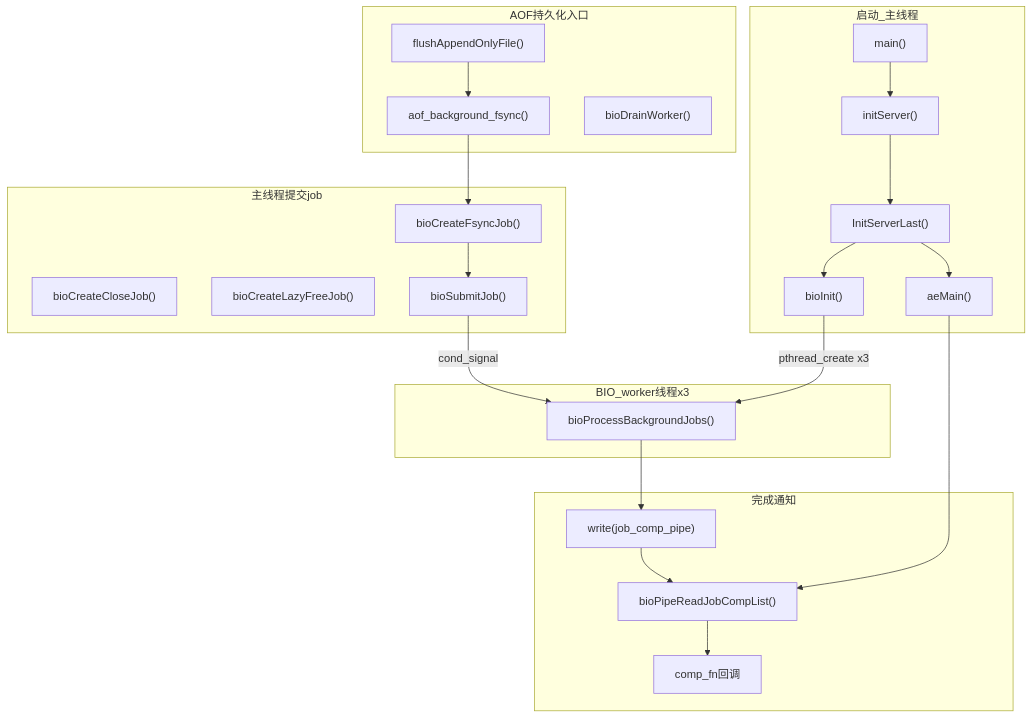
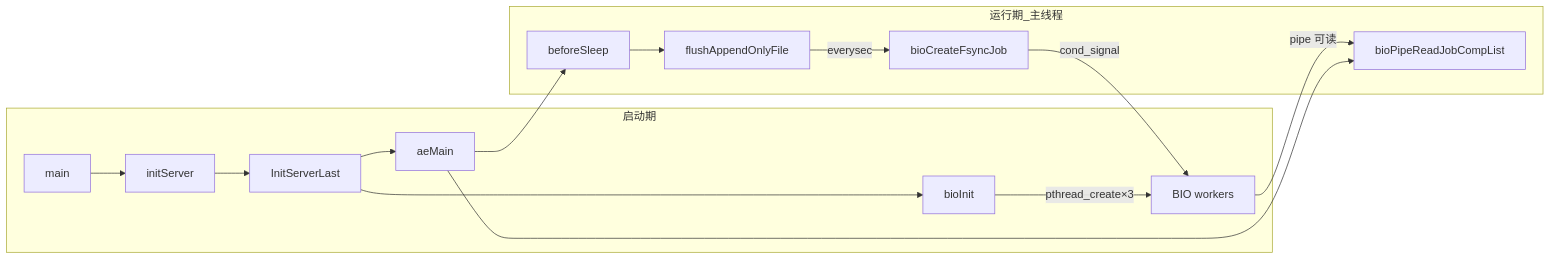
The fourth of 10 diagrams in docs/bio-source-walkthrough.md (JinkaiGUAN/redis), drawn with Mermaid before and after one commit. The commit also changed other lines of this file and 9 other files, not shown here.

````diff
--- a/docs/bio-source-walkthrough.md
+++ b/docs/bio-source-walkthrough.md
@@ -26,41 +92,19 @@
 ```mermaid
-flowchart TB
-    subgraph boot [启动_主线程]
-        main["main()"]
-        initSrv["initServer()"]
-        initLast["InitServerLast()"]
-        bioInit["bioInit()"]
-        aeMain["aeMain()"]
+flowchart LR
+    subgraph boot [启动期]
+        main["main"] --> initSrv["initServer"]
+        initSrv --> initLast["InitServerLast"]
+        initLast --> bioInit["bioInit"]
+        bioInit -->|"pthread_create×3"| worker["BIO workers"]
+        initLast --> aeMain["aeMain"]
     end
 
-    subgraph bio_workers [BIO_worker线程x3]
-        worker["bioProcessBackgroundJobs()"]
+    subgraph runtime [运行期_主线程]
+        aeMain --> beforeSleep["beforeSleep"]
+        beforeSleep --> flush["flushAppendOnlyFile"]
+        flush -->|"everysec"| fsyncJob["bioCreateFsyncJob"]
+        fsyncJob -->|"cond_signal"| worker
+        worker -->|"pipe 可读"| pipeR["bioPipeReadJobCompList"]
+        aeMain --> pipeR
     end
-
-    subgraph producers [主线程提交job]
-        fsync["bioCreateFsyncJob()"]
-        close["bioCreateCloseJob()"]
-        lazy["bioCreateLazyFreeJob()"]
-        submit["bioSubmitJob()"]
-    end
-
-    subgraph aof_path [AOF持久化入口]
-        flush["flushAppendOnlyFile()"]
-        aofBg["aof_background_fsync()"]
-        drain["bioDrainWorker()"]
-    end
-
-    subgraph notify [完成通知]
-        pipeW["write(job_comp_pipe)"]
-        pipeR["bioPipeReadJobCompList()"]
-        cb["comp_fn回调"]
-    end
-
-    main --> initSrv --> initLast --> bioInit
-    bioInit -->|"pthread_create x3"| worker
-    initLast --> aeMain
-    flush --> aofBg --> fsync --> submit
-    submit -->|"cond_signal"| worker
-    worker --> pipeW --> pipeR --> cb
-    aeMain --> pipeR
 ```
````
